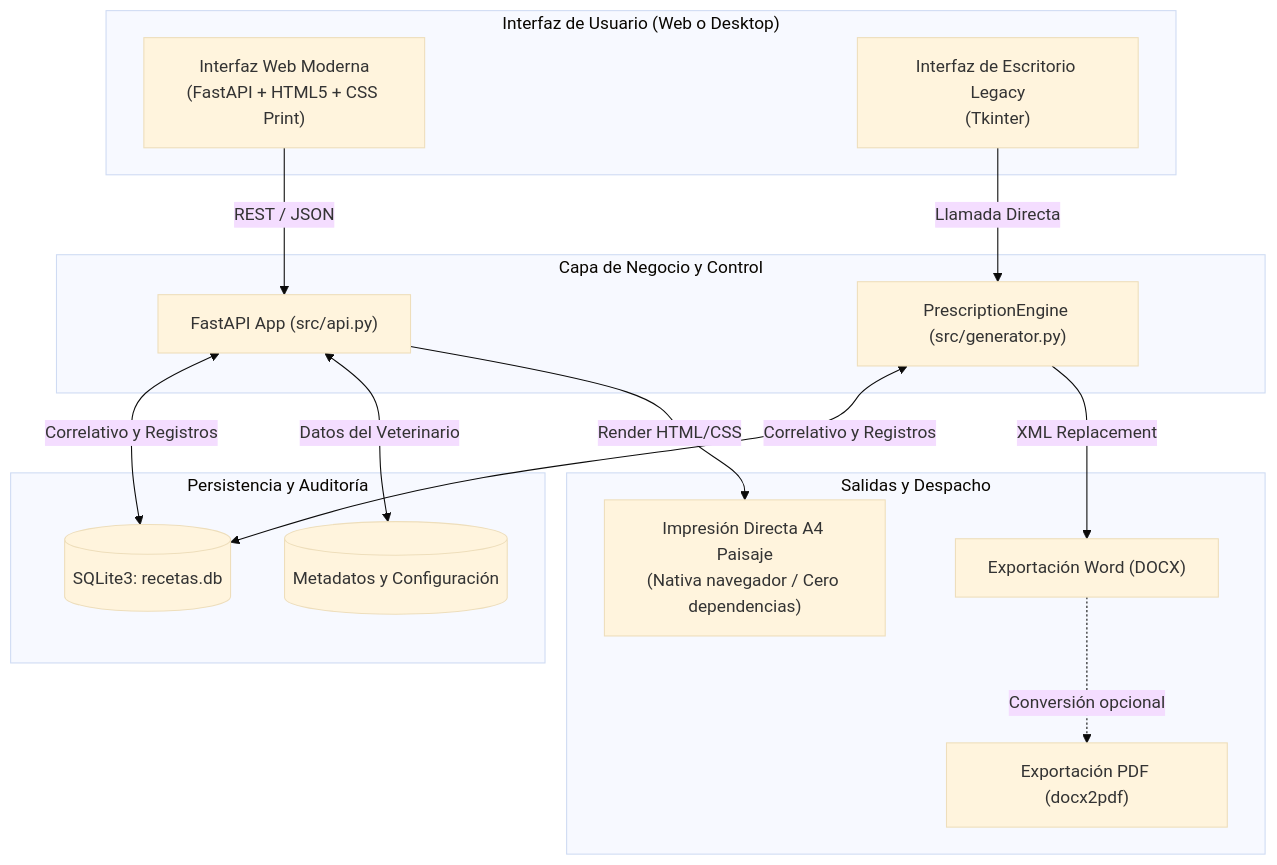
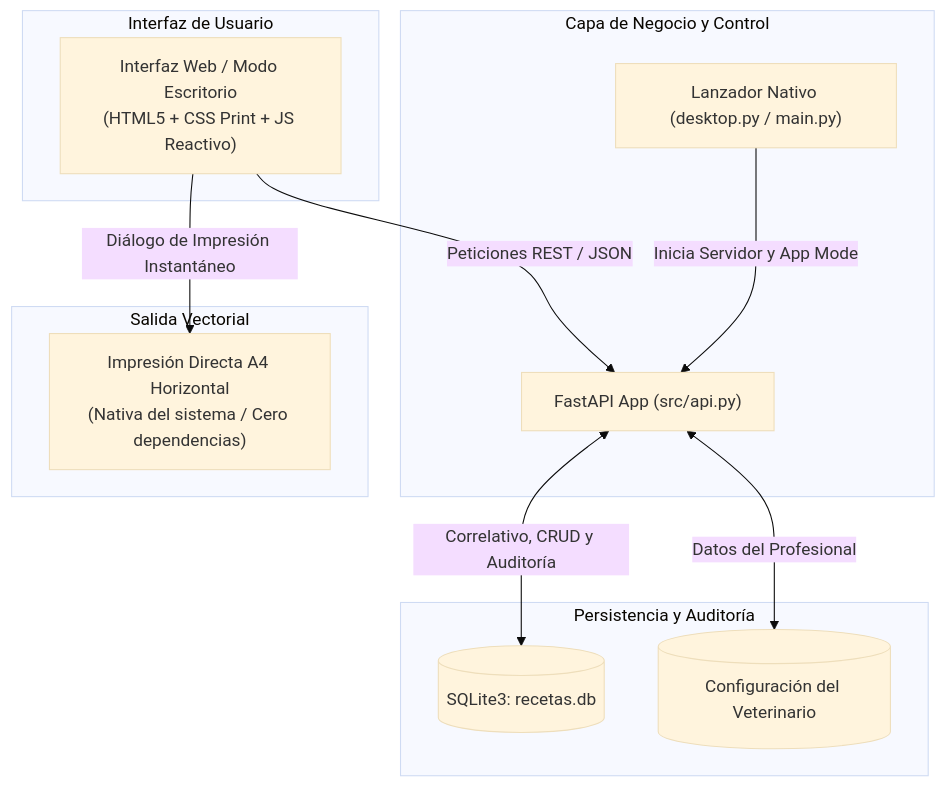
One commit to Klopezxd/vet-prescription-generator changed the diagram in README.md. Above: the diagram before and after it, drawn with Mermaid (base theme). The commit also changed other lines of this file and 11 other files, not shown here.

Commit message:
refactor: remove legacy Word/Tkinter dependencies and sanitize repository for production

````diff
--- a/README.md
+++ b/README.md
@@ -34,34 +35,26 @@
 ```mermaid
 flowchart TD
-    subgraph Frontend["Interfaz de Usuario (Web o Desktop)"]
-        UI_Web["Interfaz Web Moderna<br>(FastAPI + HTML5 + CSS Print)"]
-        UI_Desk["Interfaz de Escritorio Legacy<br>(Tkinter)"]
+    subgraph Frontend["Interfaz de Usuario"]
+        UI["Interfaz Web / Modo Escritorio<br>(HTML5 + CSS Print + JS Reactivo)"]
     end
 
     subgraph Backend["Capa de Negocio y Control"]
         API["FastAPI App (src/api.py)"]
-        Engine["PrescriptionEngine (src/generator.py)"]
+        Desktop["Lanzador Nativo (desktop.py / main.py)"]
     end
 
     subgraph Storage["Persistencia y Auditoría"]
         DB[(SQLite3: recetas.db)]
-        Meta[(Metadatos y Configuración)]
+        Meta[(Configuración del Veterinario)]
     end
 
-    subgraph Outputs["Salidas y Despacho"]
-        Print["Impresión Directa A4 Paisaje<br>(Nativa navegador / Cero dependencias)"]
-        Docx["Exportación Word (DOCX)"]
-        Pdf["Exportación PDF (docx2pdf)"]
+    subgraph Output["Salida Vectorial"]
+        Print["Impresión Directa A4 Horizontal<br>(Nativa del sistema / Cero dependencias)"]
     end
 
-    UI_Web -->|REST / JSON| API
-    UI_Desk -->|Llamada Directa| Engine
-
-    API <-->|Correlativo y Registros| DB
-    API <-->|Datos del Veterinario| Meta
-    Engine <-->|Correlativo y Registros| DB
-
-    API -->|Render HTML/CSS| Print
-    Engine -->|XML Replacement| Docx
-    Docx -.->|Conversión opcional| Pdf
+    UI -->|Peticiones REST / JSON| API
+    Desktop -->|Inicia Servidor y App Mode| API
+    API <-->|Correlativo, CRUD y Auditoría| DB
+    API <-->|Datos del Profesional| Meta
+    UI -->|Diálogo de Impresión Instantáneo| Print
 ```
````
